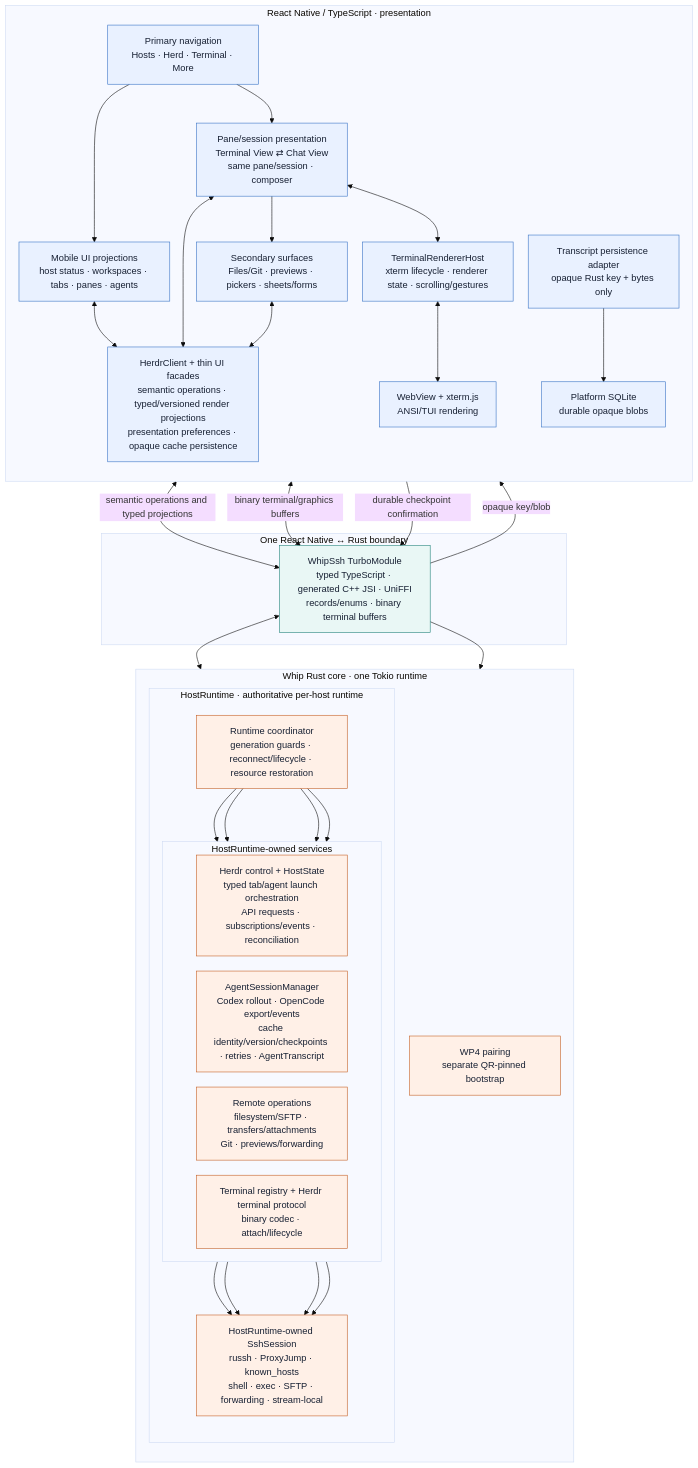
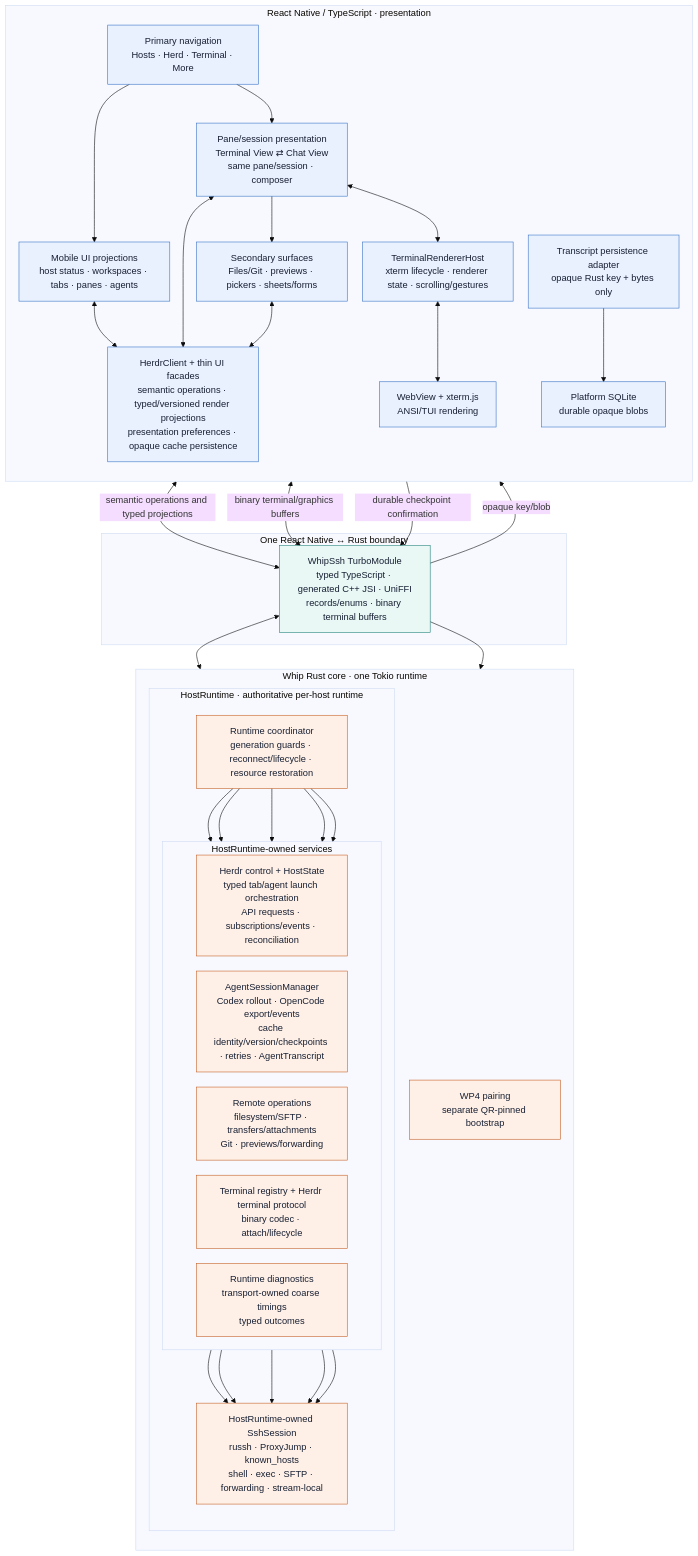
One commit to KaminariOS/whip changed the diagram in docs/mobile-app-architecture.mmd. Above: the diagram before and after it, drawn with Mermaid. The commit also changed 20 other files, not shown here.

Commit message:
refactor: harden React Native and Rust runtime boundaries

```diff
--- a/docs/mobile-app-architecture.mmd
+++ b/docs/mobile-app-architecture.mmd
@@ -1,71 +1,74 @@
 %%{init: {"theme":"base","flowchart":{"curve":"basis","htmlLabels":true,"nodeSpacing":26,"rankSpacing":42}}}%%
 flowchart TB
   subgraph UI["React Native / TypeScript · presentation"]
     direction TB
     Navigation["Primary navigation<br/>Hosts · Herd · Terminal · More"]
     Projections["Mobile UI projections<br/>host status · workspaces · tabs · panes · agents"]
     SessionViews["Pane/session presentation<br/>Terminal View ⇄ Chat View<br/>same pane/session · composer"]
     Secondary["Secondary surfaces<br/>Files/Git · previews · pickers · sheets/forms"]
     Client["HerdrClient + thin UI facades<br/>semantic operations · typed/versioned render projections<br/>presentation preferences · opaque cache persistence"]
     CacheAdapter["Transcript persistence adapter<br/>opaque Rust key + bytes only"]
     SQLite["Platform SQLite<br/>durable opaque blobs"]
     Renderer["TerminalRendererHost<br/>xterm lifecycle · renderer state · scrolling/gestures"]
     Xterm["WebView + xterm.js<br/>ANSI/TUI rendering"]
 
     Navigation --> Projections
     Navigation --> SessionViews
     Projections <--> Client
     SessionViews <--> Client
     Secondary <--> Client
     SessionViews --> Secondary
     SessionViews <--> Renderer
     Renderer <--> Xterm
     CacheAdapter --> SQLite
   end
 
   subgraph Boundary["One React Native ↔ Rust boundary"]
     Module["WhipSsh TurboModule<br/>typed TypeScript · generated C++ JSI · UniFFI<br/>records/enums · binary terminal buffers"]
   end
 
   subgraph Rust["Whip Rust core · one Tokio runtime"]
     direction TB
     subgraph Runtime["HostRuntime · authoritative per-host runtime"]
       direction TB
       Lifecycle["Runtime coordinator<br/>generation guards · reconnect/lifecycle · resource restoration"]
 
       subgraph Services["HostRuntime-owned services"]
         direction LR
         Control["Herdr control + HostState<br/>typed tab/agent launch orchestration<br/>API requests · subscriptions/events · reconciliation"]
         Agents["AgentSessionManager<br/>Codex rollout · OpenCode export/events<br/>cache identity/version/checkpoints · retries · AgentTranscript"]
         Operations["Remote operations<br/>filesystem/SFTP · transfers/attachments<br/>Git · previews/forwarding"]
         Terminals["Terminal registry + Herdr terminal protocol<br/>binary codec · attach/lifecycle"]
+        Diagnostics["Runtime diagnostics<br/>transport-owned coarse timings<br/>typed outcomes"]
       end
 
       Transport["HostRuntime-owned SshSession<br/>russh · ProxyJump · known_hosts<br/>shell · exec · SFTP · forwarding · stream-local"]
 
       Lifecycle --> Control
       Lifecycle --> Agents
       Lifecycle --> Operations
       Lifecycle --> Terminals
+      Lifecycle --> Diagnostics
       Control --> Transport
       Agents --> Transport
       Operations --> Transport
       Terminals --> Transport
+      Diagnostics --> Transport
     end
 
     Pairing["WP4 pairing<br/>separate QR-pinned bootstrap"]
   end
 
   Client <-->|"semantic operations and typed projections"| Module
   Renderer <-->|"binary terminal/graphics buffers"| Module
   Module <--> Lifecycle
   Module --> Pairing
   Module -->|"opaque key/blob"| CacheAdapter
   CacheAdapter -->|"durable checkpoint confirmation"| Module
 
   classDef react fill:#e9f1ff,stroke:#3772c5,color:#172033
   classDef native fill:#e9f7f5,stroke:#23847a,color:#172033
   classDef rust fill:#fff0e7,stroke:#c45f24,color:#172033
   class Navigation,Projections,SessionViews,Secondary,Client,CacheAdapter,SQLite,Renderer,Xterm react
   class Module native
-  class Lifecycle,Control,Agents,Operations,Terminals,Transport,Pairing rust
+  class Lifecycle,Control,Agents,Operations,Terminals,Diagnostics,Transport,Pairing rust
```
